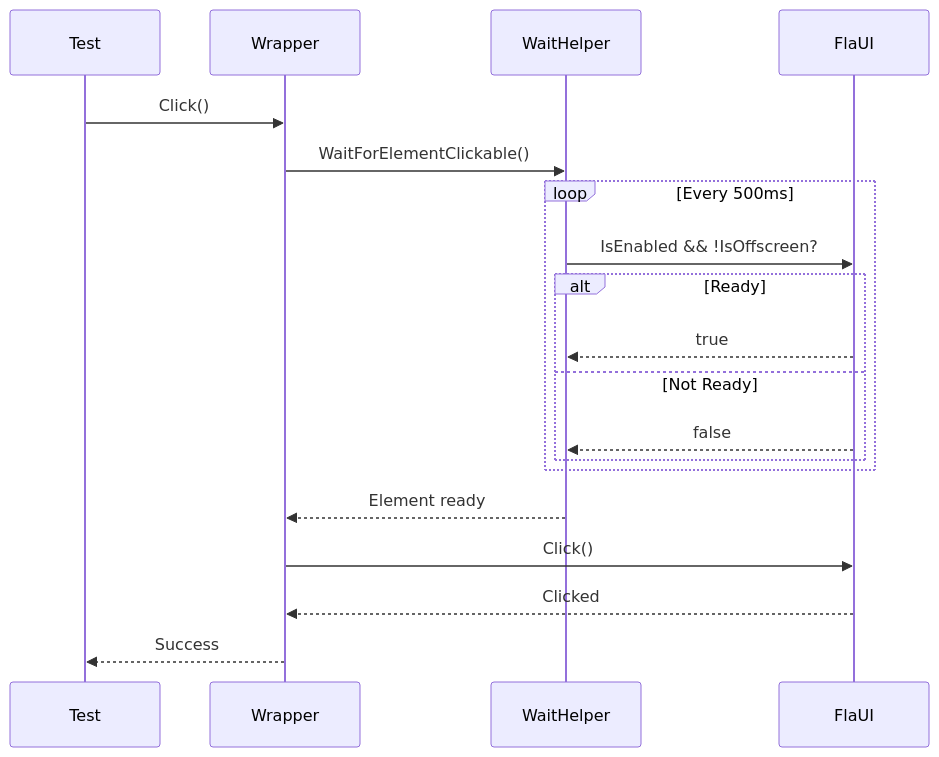
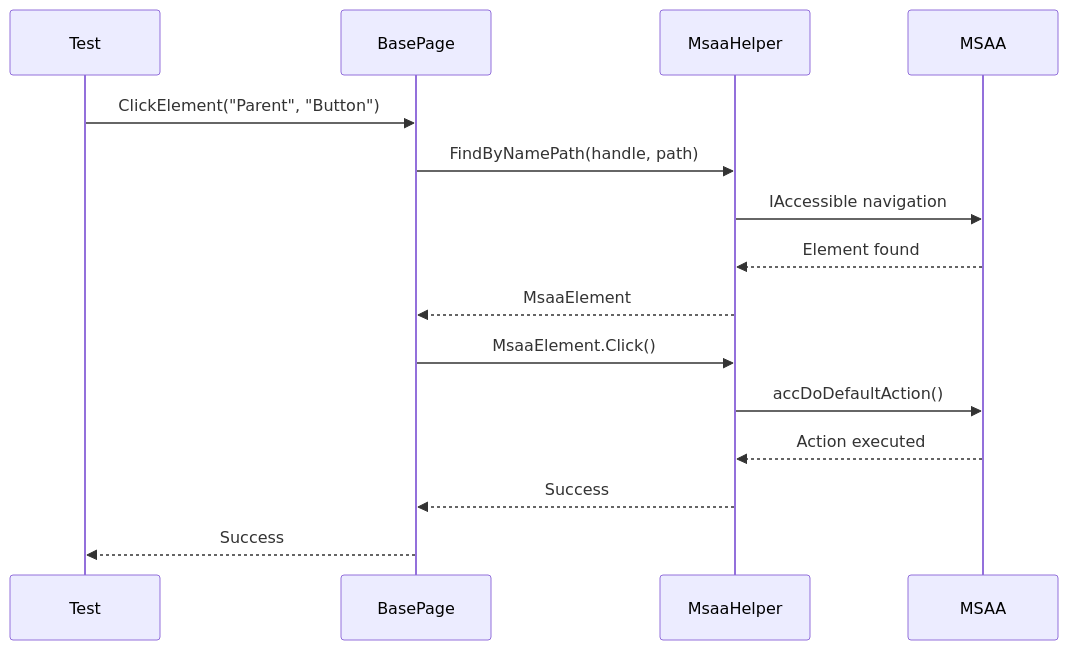
One commit to Akradeveloper/Hipos changed the fifth of 6 diagrams in website/docs/architecture.md. Above: the diagram before and after it, drawn with Mermaid. The commit also changed other lines of this file and 9 other files, not shown here.

First line of the commit message:
Refactor element handling in tests to utilize MSAA and remove ElementWrapper

````diff
--- a/website/docs/architecture.md
+++ b/website/docs/architecture.md
@@ -208,22 +200,18 @@
 ```mermaid
 sequenceDiagram
     participant Test
-    participant Wrapper
-    participant WaitHelper
-    participant FlaUI
+    participant BasePage
+    participant MsaaHelper
+    participant MSAA
     
-    Test->>Wrapper: Click()
-    Wrapper->>WaitHelper: WaitForElementClickable()
-    loop Every 500ms
-        WaitHelper->>FlaUI: IsEnabled && !IsOffscreen?
-        alt Ready
-            FlaUI-->>WaitHelper: true
-        else Not Ready
-            FlaUI-->>WaitHelper: false
-        end
-    end
-    WaitHelper-->>Wrapper: Element ready
-    Wrapper->>FlaUI: Click()
-    FlaUI-->>Wrapper: Clicked
-    Wrapper-->>Test: Success
+    Test->>BasePage: ClickElement("Parent", "Button")
+    BasePage->>MsaaHelper: FindByNamePath(handle, path)
+    MsaaHelper->>MSAA: IAccessible navigation
+    MSAA-->>MsaaHelper: Element found
+    MsaaHelper-->>BasePage: MsaaElement
+    BasePage->>MsaaHelper: MsaaElement.Click()
+    MsaaHelper->>MSAA: accDoDefaultAction()
+    MSAA-->>MsaaHelper: Action executed
+    MsaaHelper-->>BasePage: Success
+    BasePage-->>Test: Success
 ```
````
